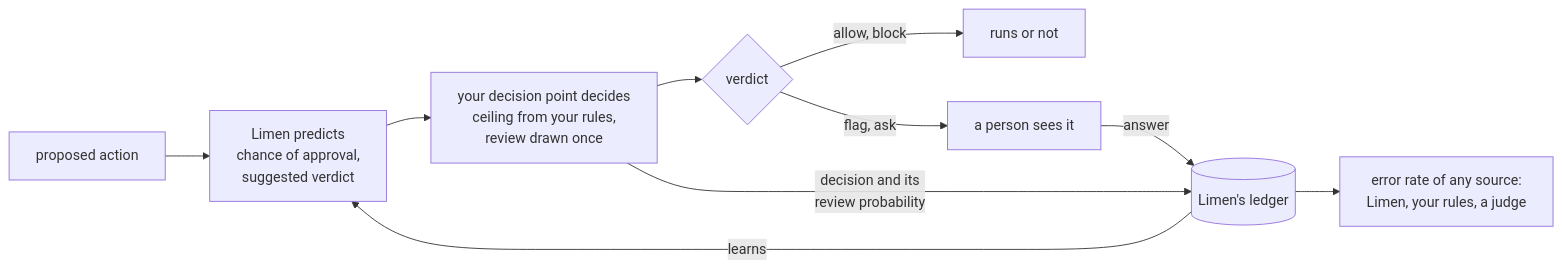
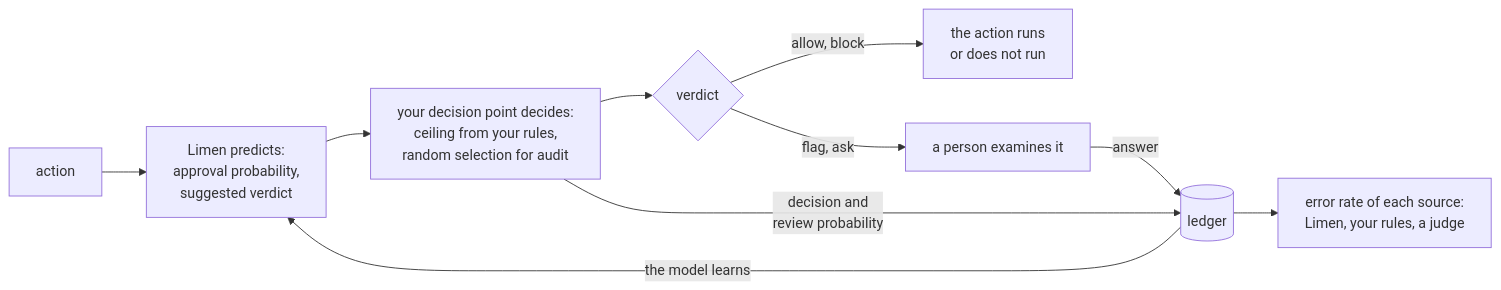
Before and after one commit to latere-ai/limen: the diagram in README.md, drawn with Mermaid. The commit also changed other lines of this file, not shown here.

Commit message:
docs: the readme is rewritten to the writing rules and the term list

````diff
--- a/README.md
+++ b/README.md
@@ -53,12 +69,12 @@
 ```mermaid
 flowchart LR
-  A[proposed action] --> P[Limen predicts<br/>chance of approval,<br/>suggested verdict]
-  P --> D[your decision point decides<br/>ceiling from your rules,<br/>review drawn once]
+  A[action] --> P[Limen predicts:<br/>approval probability,<br/>suggested verdict]
+  P --> D[your decision point decides:<br/>ceiling from your rules,<br/>random selection for audit]
   D --> R{verdict}
-  R -->|allow, block| X[runs or not]
-  R -->|flag, ask| H[a person sees it]
-  D -->|decision and its<br/>review probability| L[(Limen's ledger)]
+  R -->|allow, block| X[the action runs<br/>or does not run]
+  R -->|flag, ask| H[a person examines it]
+  D -->|decision and<br/>review probability| L[(ledger)]
   H -->|answer| L
-  L -->|learns| P
-  L --> Rel[error rate of any source:<br/>Limen, your rules, a judge]
+  L -->|the model learns| P
+  L --> Rel[error rate of each source:<br/>Limen, your rules, a judge]
 ```
````
